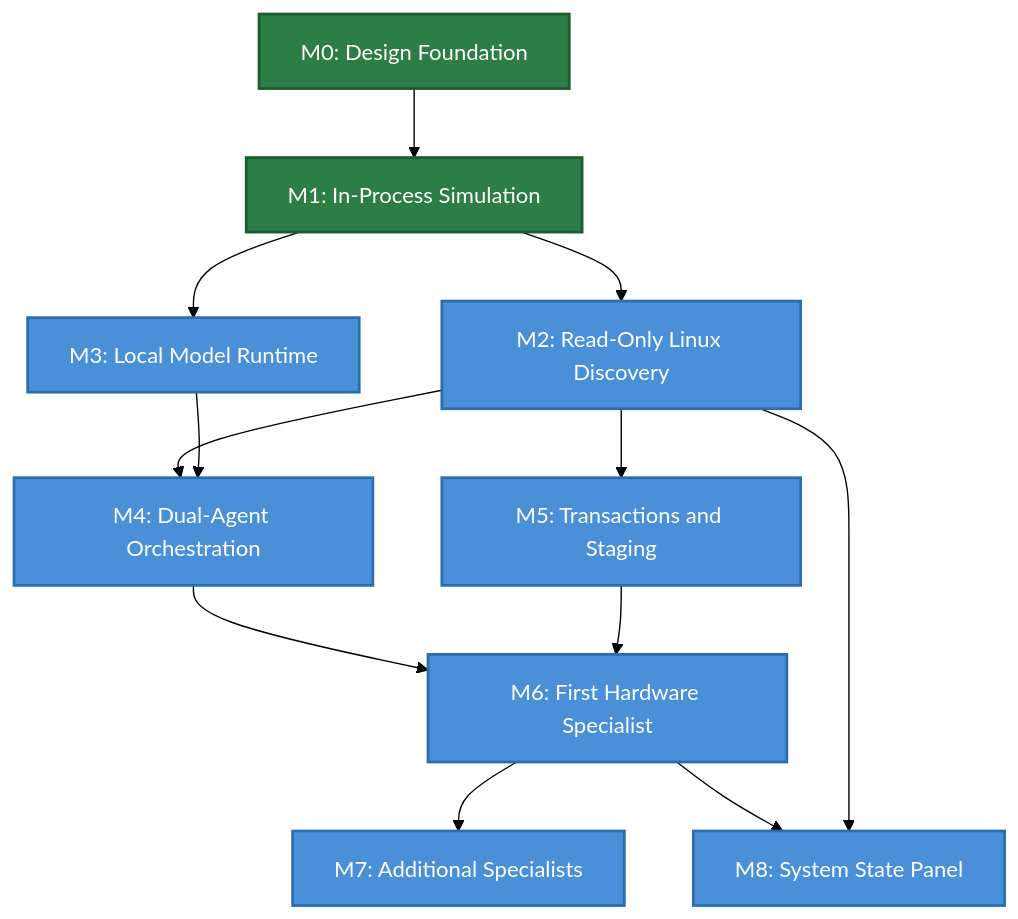
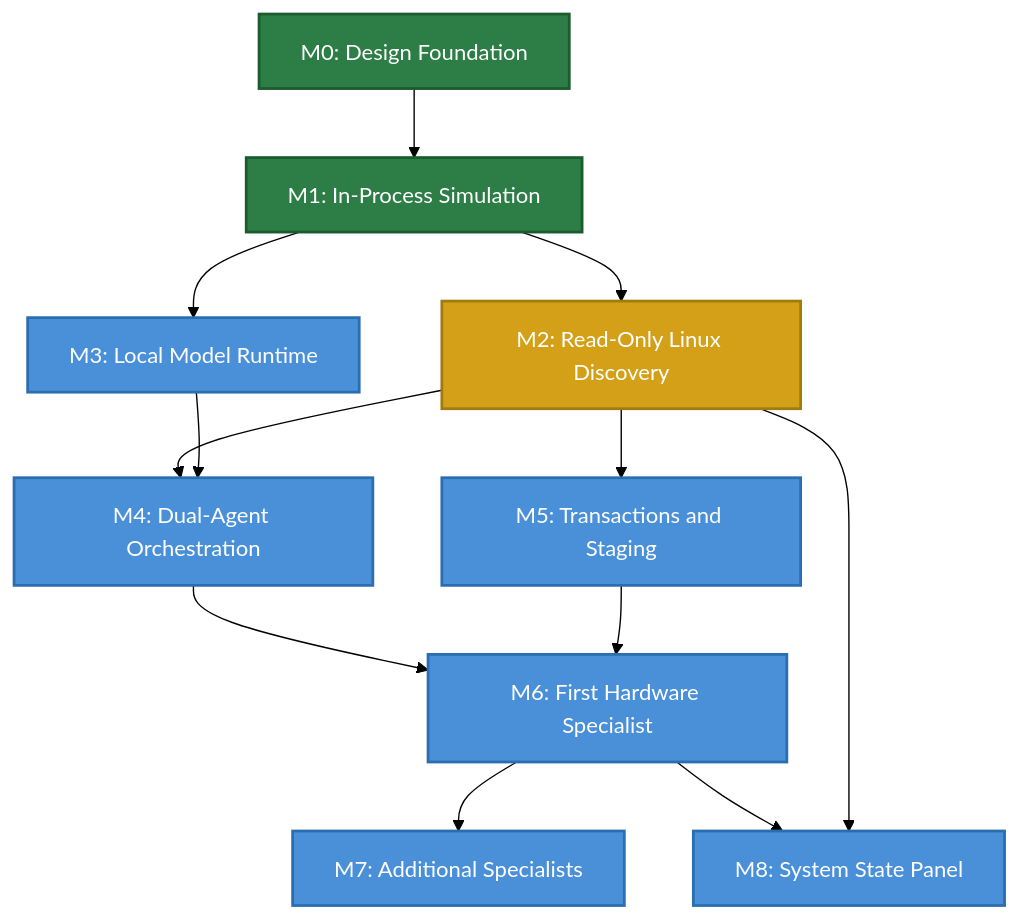
One commit to cse-creative-systems-engineering/aios changed the diagram in docs/implementation-roadmap.md. Above: the diagram before and after it, drawn with Mermaid (forest theme). The commit also changed other lines of this file and 4 other files, not shown here.

Commit message:
Add M2 sysfs discovery: scanner, graph population, hardware report

````diff
--- a/docs/implementation-roadmap.md
+++ b/docs/implementation-roadmap.md
@@ -30,21 +30,22 @@
 ```mermaid
 graph TD
     M0[M0: Design Foundation] --> M1[M1: In-Process Simulation]
     M1 --> M2[M2: Read-Only Linux Discovery]
     M1 --> M3[M3: Local Model Runtime]
     M2 --> M4[M4: Dual-Agent Orchestration]
     M3 --> M4
     M2 --> M5[M5: Transactions and Staging]
     M4 --> M6[M6: First Hardware Specialist]
     M5 --> M6
     M6 --> M7[M7: Additional Specialists]
     M6 --> M8[M8: System State Panel]
     M2 --> M8
 
     classDef done fill:#2d7d46,color:#fff,stroke:#1a5c2e,stroke-width:2px
     classDef current fill:#d4a017,color:#fff,stroke:#a07c10,stroke-width:2px
     classDef planned fill:#4a90d9,color:#fff,stroke:#2a6db0,stroke-width:2px
 
     class M0,M1 done
-    class M2,M3,M4,M5,M6,M7,M8 planned
+    class M2 current
+    class M3,M4,M5,M6,M7,M8 planned
 ```
````
